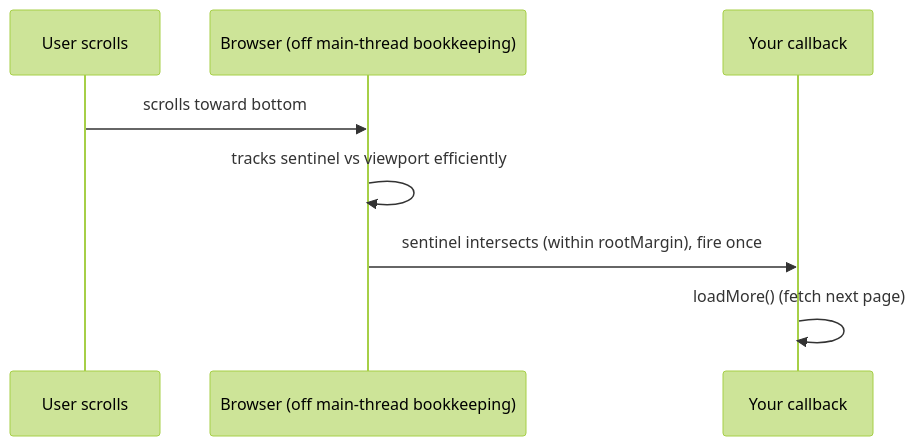
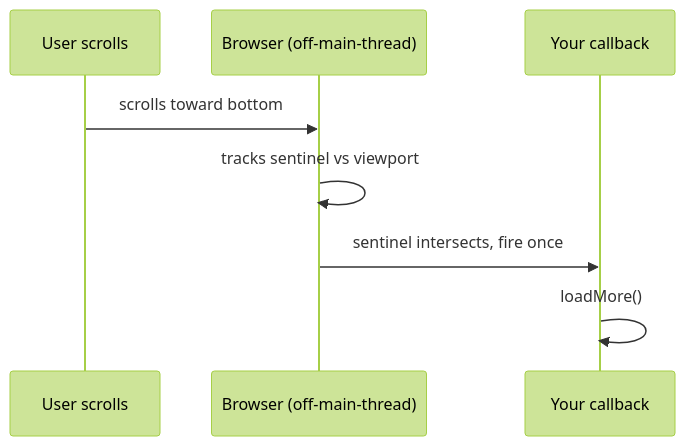
Before and after one commit to ashishxcode/frontend-internals: the diagram in packages/content/content/17-web-platform-apis.mdx, drawn with Mermaid (forest theme). The commit also changed other lines of this file and 34 other files, not shown here.

````diff
--- a/packages/content/content/17-web-platform-apis.mdx
+++ b/packages/content/content/17-web-platform-apis.mdx
@@ -30,10 +22,10 @@
 ```mermaid
 sequenceDiagram
   participant U as User scrolls
-  participant B as Browser (off main-thread bookkeeping)
+  participant B as Browser (off-main-thread)
   participant CB as Your callback
   U->>B: scrolls toward bottom
-  B->>B: tracks sentinel vs viewport efficiently
-  B->>CB: sentinel intersects (within rootMargin), fire once
-  CB->>CB: loadMore() (fetch next page)
+  B->>B: tracks sentinel vs viewport
+  B->>CB: sentinel intersects, fire once
+  CB->>CB: loadMore()
 ```
````
